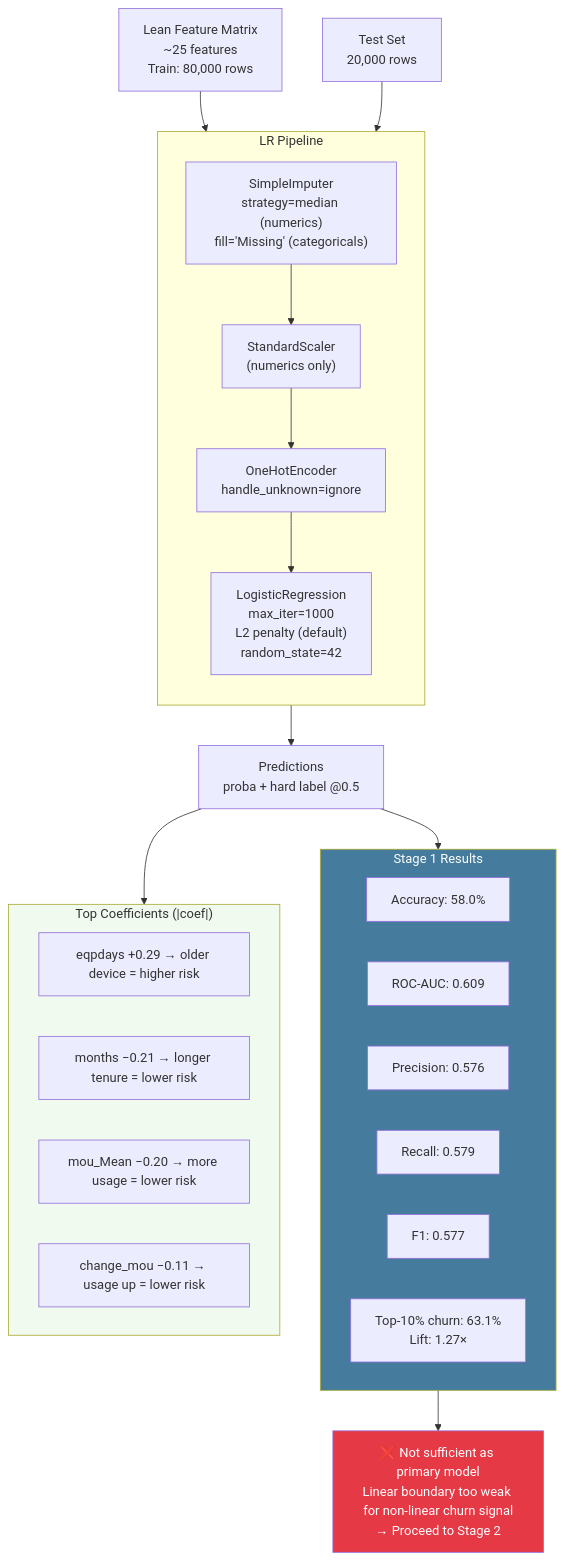
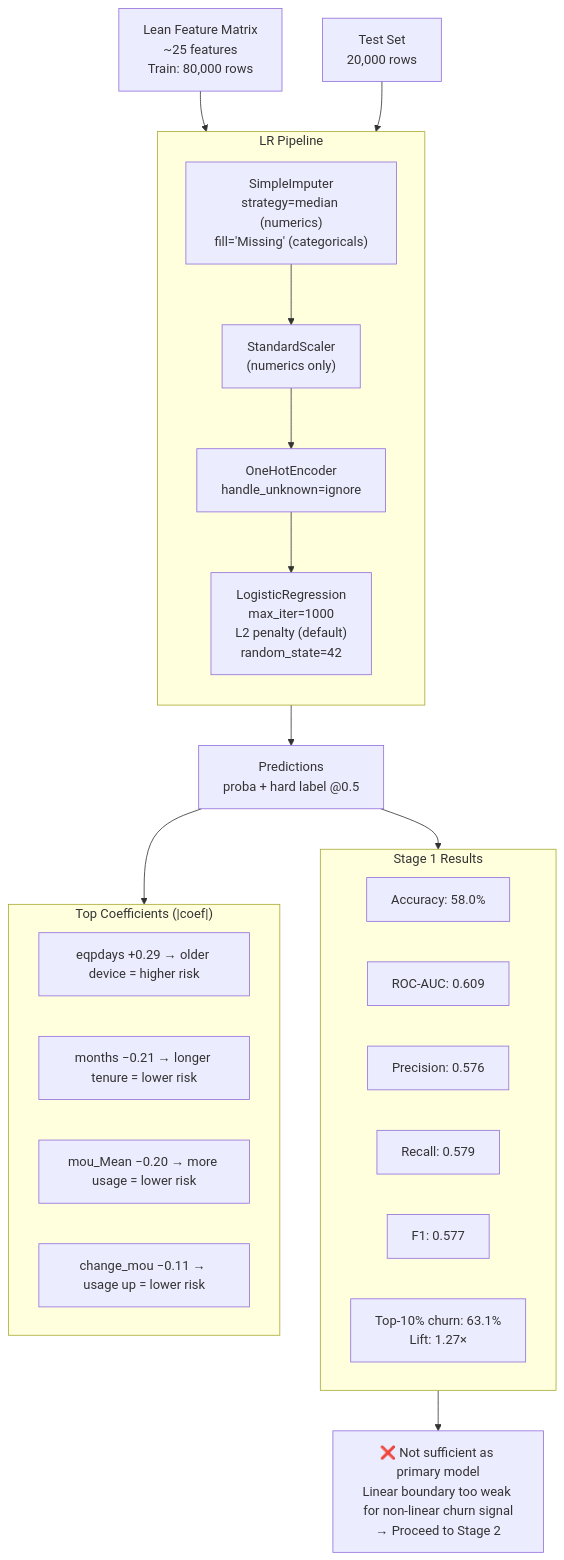
Before and after one commit to farout101/data_mining_ucsy: the diagram in diagrams/03_stage1_logistic_regression.md, drawn with Mermaid. The commit also changed 13 other files, not shown here.

````diff
--- a/diagrams/03_stage1_logistic_regression.md
+++ b/diagrams/03_stage1_logistic_regression.md
@@ -3,45 +3,41 @@
 ```mermaid
 flowchart TD
     A["Lean Feature Matrix\n~25 features\nTrain: 80,000 rows"]
 
     subgraph PIPE1 ["LR Pipeline"]
         direction TB
         P1["SimpleImputer\nstrategy=median (numerics)\nfill='Missing' (categoricals)"]
         P2["StandardScaler\n(numerics only)"]
         P3["OneHotEncoder\nhandle_unknown=ignore"]
         P4["LogisticRegression\nmax_iter=1000\nL2 penalty (default)\nrandom_state=42"]
         P1 --> P2 --> P3 --> P4
     end
 
     B["Test Set\n20,000 rows"]
     C["Predictions\nproba + hard label @0.5"]
 
     subgraph RESULTS1 ["Stage 1 Results"]
         R1["Accuracy: 58.0%"]
         R2["ROC-AUC: 0.609"]
         R3["Precision: 0.576"]
         R4["Recall: 0.579"]
         R5["F1: 0.577"]
         R6["Top-10% churn: 63.1%\nLift: 1.27×"]
     end
 
     subgraph INTERP ["Top Coefficients (|coef|)"]
         I1["eqpdays +0.29 → older device = higher risk"]
         I2["months −0.21 → longer tenure = lower risk"]
         I3["mou_Mean −0.20 → more usage = lower risk"]
         I4["change_mou −0.11 → usage up = lower risk"]
     end
 
     VERDICT["❌ Not sufficient as primary model\nLinear boundary too weak for non-linear churn signal\n→ Proceed to Stage 2"]
 
     A --> PIPE1
     B --> PIPE1
     PIPE1 --> C
     C --> RESULTS1
     C --> INTERP
     RESULTS1 --> VERDICT
-
-    style VERDICT fill:#e63946,color:#fff
-    style RESULTS1 fill:#457b9d,color:#fff
-    style INTERP fill:#f1faee
 ```
````
